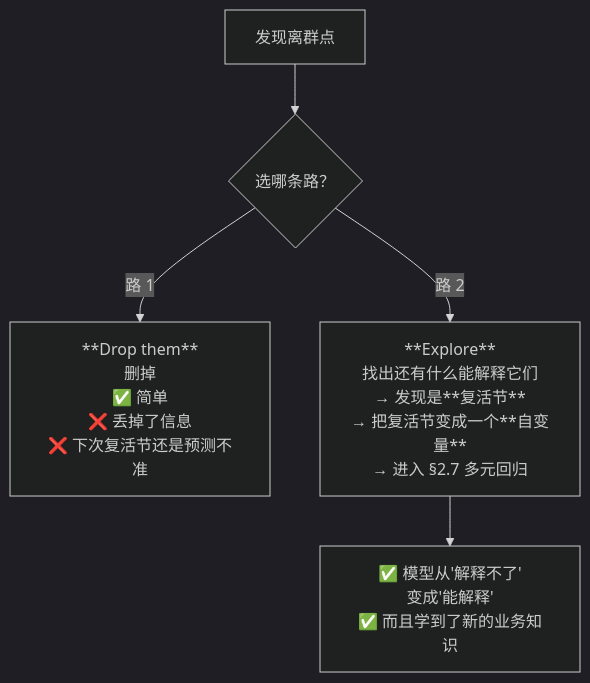
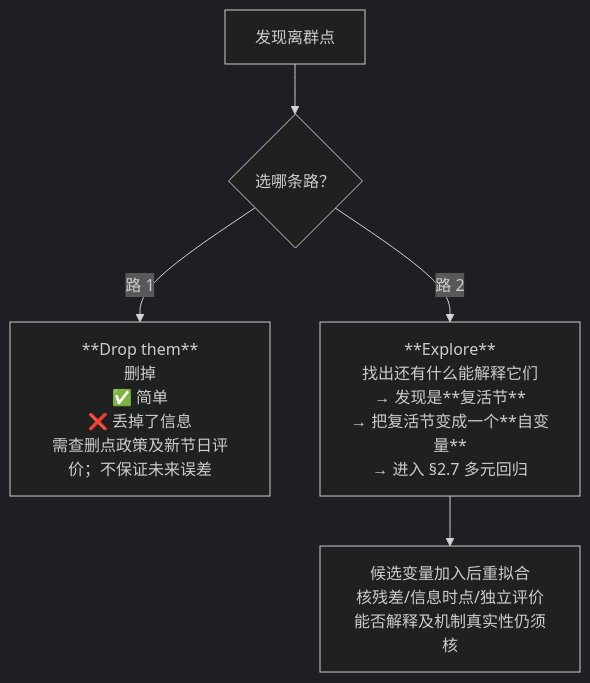
Before and after one commit to CercaTrovato/cityu-ai-course-notes: the fifth of 21 diagrams in IS6400_Business_Data_Analytics/notes/M02-预测分析-线性回归.md, drawn with Mermaid (dark theme). The commit also changed other lines of this file and 116 other files, not shown here.

````diff
--- a/IS6400_Business_Data_Analytics/notes/M02-预测分析-线性回归.md
+++ b/IS6400_Business_Data_Analytics/notes/M02-预测分析-线性回归.md
@@ -880,7 +1122,7 @@
 ```mermaid
 flowchart TD
     O["发现离群点"] --> A{"选哪条路？"}
-    A -->|"路 1"| D["**Drop them**<br/>删掉<br/>✅ 简单<br/>❌ 丢掉了信息<br/>❌ 下次复活节还是预测不准"]
+    A -->|"路 1"| D["**Drop them**<br/>删掉<br/>✅ 简单<br/>❌ 丢掉了信息<br/>需查删点政策及新节日评价；不保证未来误差"]
     A -->|"路 2"| E["**Explore**<br/>找出还有什么能解释它们<br/>→ 发现是**复活节**<br/>→ 把复活节变成一个**自变量**<br/>→ 进入 §2.7 多元回归"]
-    E --> W["✅ 模型从'解释不了'<br/>变成'能解释'<br/>✅ 而且学到了新的业务知识"]
+    E --> W["候选变量加入后重拟合<br/>核残差/信息时点/独立评价<br/>能否解释及机制真实性仍须核"]
 ```
````
